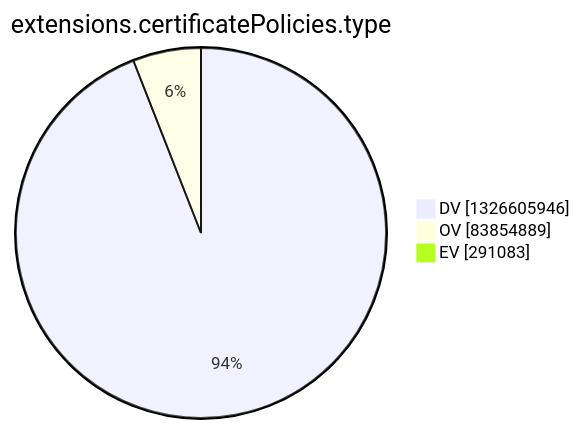
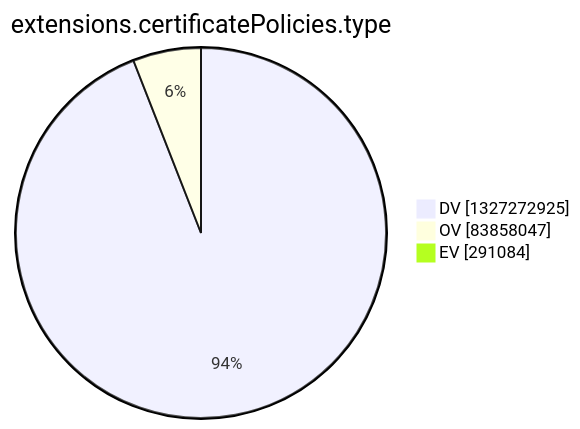
One commit to christiankrug/ctmonitor_visualization changed the tenth of 15 diagrams in argon2022/README.md. Above: the diagram before and after it, drawn with Mermaid. The commit also changed other lines of this file, not shown here.

````diff
--- a/argon2022/README.md
+++ b/argon2022/README.md
@@ -2772,7 +2772,7 @@
 ```mermaid
 pie showData
 title extensions.certificatePolicies.type
-"DV" :1326605946
-"OV" :83854889
-"EV" :291083
+"DV" :1327272925
+"OV" :83858047
+"EV" :291084
 ```
````
